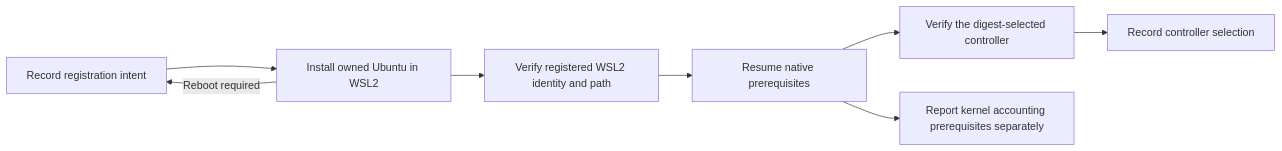
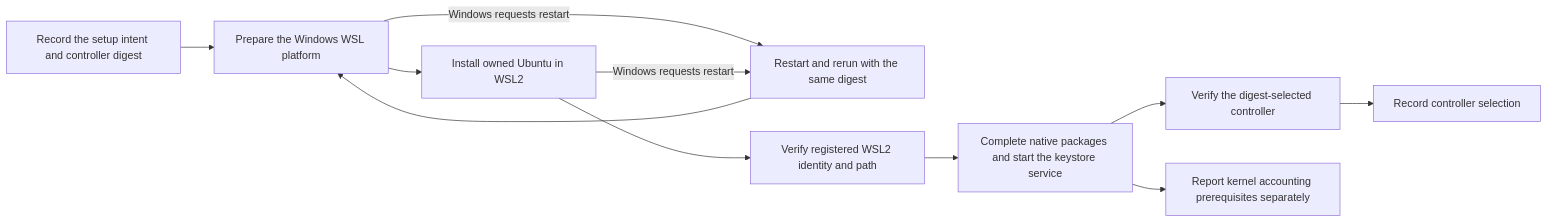
One commit to kieransimkin/potbot changed the second of 6 diagrams in docs/implementation/self-contained-installer-plan.md. Above: the diagram before and after it, drawn with Mermaid. The commit also changed other lines of this file and 6 other files, not shown here.

Commit message:
Retain the controller selection across Windows setup restarts

```diff
--- a/docs/implementation/self-contained-installer-plan.md
+++ b/docs/implementation/self-contained-installer-plan.md
@@ -64,10 +65,13 @@
 ~~~mermaid
 flowchart LR
-    A[Record registration intent] --> B[Install owned Ubuntu in WSL2]
-    B -->|Reboot required| A
+    A[Record the setup intent and controller digest] --> W[Prepare the Windows WSL platform]
+    W -->|Windows requests restart| R[Restart and rerun with the same digest]
+    R --> W
+    W --> B[Install owned Ubuntu in WSL2]
+    B -->|Windows requests restart| R
     B --> C[Verify registered WSL2 identity and path]
-    C --> D[Resume native prerequisites]
+    C --> D[Complete native packages and start the keystore service]
     D --> E[Verify the digest-selected controller]
     E --> F[Record controller selection]
     D --> P[Report kernel accounting prerequisites separately]
 ~~~
```
